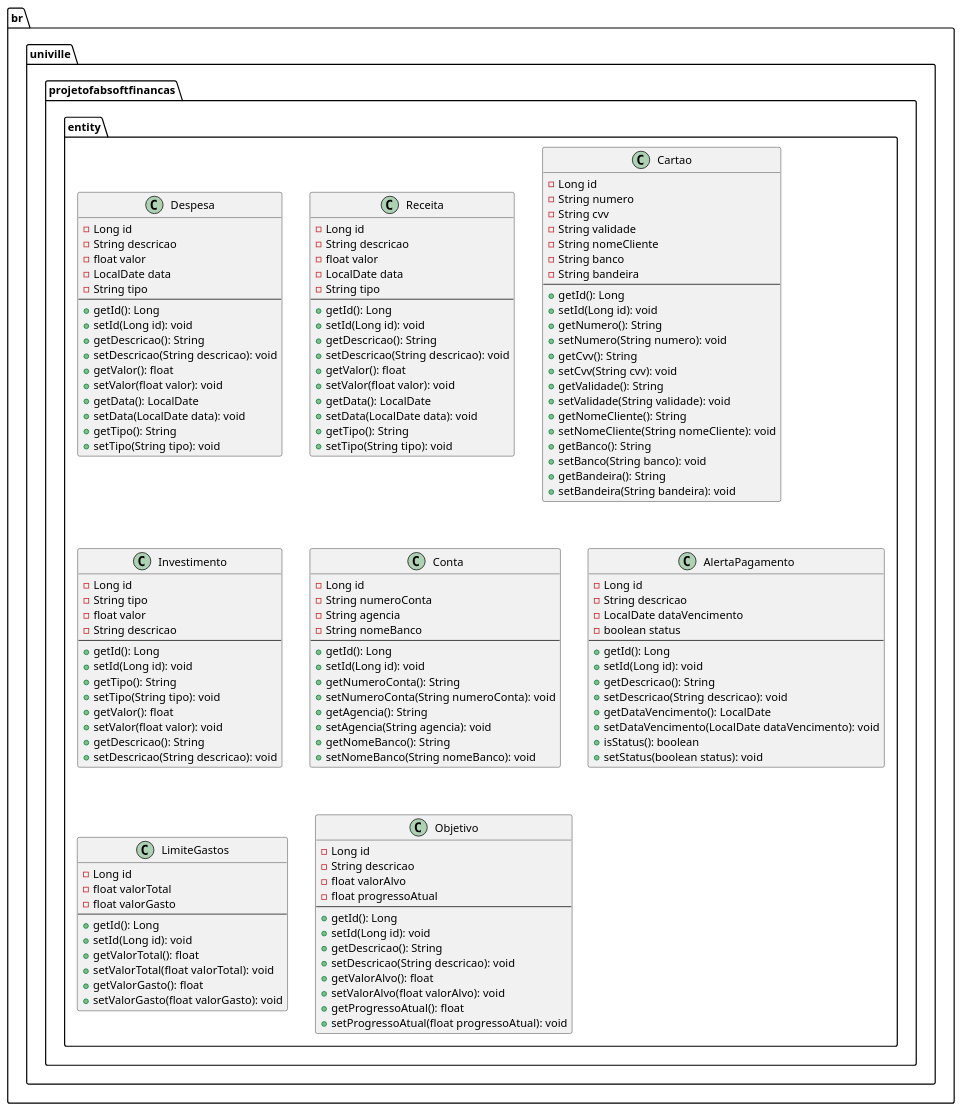
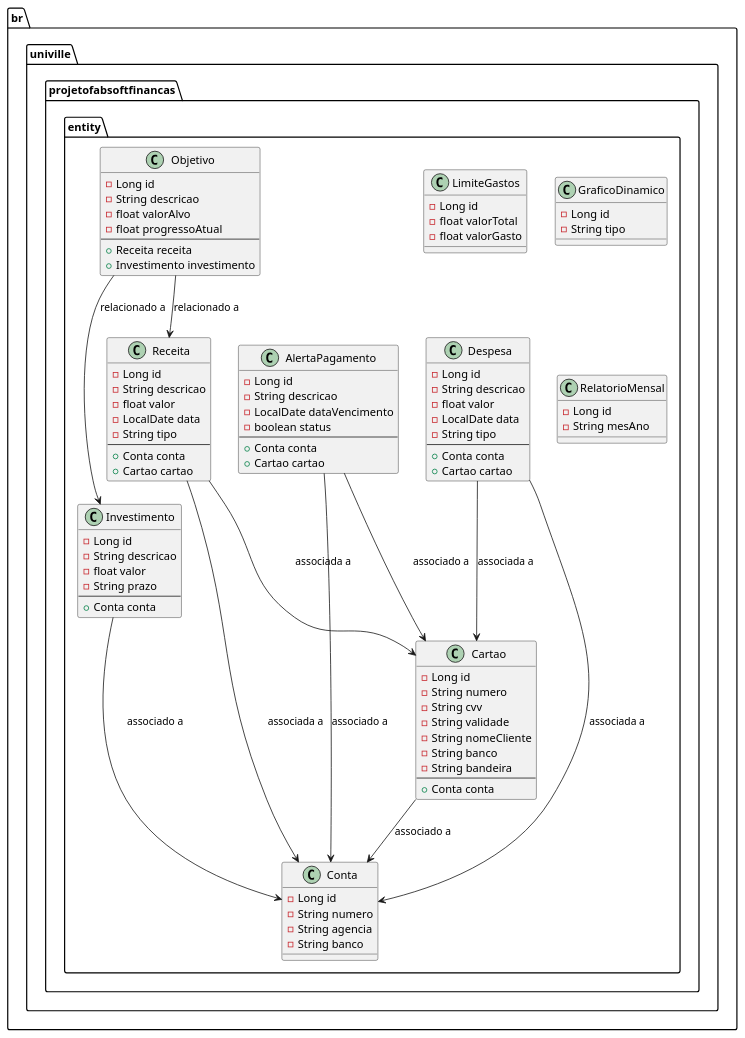
The diagram in diagramas/classes.puml (Th3FIa5h/fabsofta-Mateus-Nikolas), drawn with PlantUML before and after one commit. The commit also changed 23 other files, not shown here.

```diff
--- a/diagramas/classes.puml
+++ b/diagramas/classes.puml
@@ -1,143 +1,100 @@
 @startuml
 package br.univille.projetofabsoftfinancas.entity {
+    class Receita {
+        - Long id
+        - String descricao
+        - float valor
+        - LocalDate data
+        - String tipo
+        --
+        + Conta conta
+        + Cartao cartao
+    }
+
     class Despesa {
         - Long id
         - String descricao
         - float valor
         - LocalDate data
         - String tipo
         --
-        + getId(): Long
-        + setId(Long id): void
-        + getDescricao(): String
-        + setDescricao(String descricao): void
-        + getValor(): float
-        + setValor(float valor): void
-        + getData(): LocalDate
-        + setData(LocalDate data): void
-        + getTipo(): String
-        + setTipo(String tipo): void
+        + Conta conta
+        + Cartao cartao
     }
 
-    class Receita {
+    class Conta {
         - Long id
-        - String descricao
-        - float valor
-        - LocalDate data
-        - String tipo
-        --
-        + getId(): Long
-        + setId(Long id): void
-        + getDescricao(): String
-        + setDescricao(String descricao): void
-        + getValor(): float
-        + setValor(float valor): void
-        + getData(): LocalDate
-        + setData(LocalDate data): void
-        + getTipo(): String
-        + setTipo(String tipo): void
+        - String numero
+        - String agencia
+        - String banco
     }
 
     class Cartao {
         - Long id
         - String numero
         - String cvv
         - String validade
         - String nomeCliente
         - String banco
         - String bandeira
         --
-        + getId(): Long
-        + setId(Long id): void
-        + getNumero(): String
-        + setNumero(String numero): void
-        + getCvv(): String
-        + setCvv(String cvv): void
-        + getValidade(): String
-        + setValidade(String validade): void
-        + getNomeCliente(): String
-        + setNomeCliente(String nomeCliente): void
-        + getBanco(): String
-        + setBanco(String banco): void
-        + getBandeira(): String
-        + setBandeira(String bandeira): void
+        + Conta conta
     }
 
     class Investimento {
         - Long id
-        - String tipo
+        - String descricao
         - float valor
-        - String descricao
+        - String prazo
         --
-        + getId(): Long
-        + setId(Long id): void
-        + getTipo(): String
-        + setTipo(String tipo): void
-        + getValor(): float
-        + setValor(float valor): void
-        + getDescricao(): String
-        + setDescricao(String descricao): void
-    }
-
-    class Conta {
-        - Long id
-        - String numeroConta
-        - String agencia
-        - String nomeBanco
-        --
-        + getId(): Long
-        + setId(Long id): void
-        + getNumeroConta(): String
-        + setNumeroConta(String numeroConta): void
-        + getAgencia(): String
-        + setAgencia(String agencia): void
-        + getNomeBanco(): String
-        + setNomeBanco(String nomeBanco): void
+        + Conta conta
     }
 
     class AlertaPagamento {
         - Long id
         - String descricao
         - LocalDate dataVencimento
         - boolean status
         --
-        + getId(): Long
-        + setId(Long id): void
-        + getDescricao(): String
-        + setDescricao(String descricao): void
-        + getDataVencimento(): LocalDate
-        + setDataVencimento(LocalDate dataVencimento): void
-        + isStatus(): boolean
-        + setStatus(boolean status): void
-    }
-
-    class LimiteGastos {
-        - Long id
-        - float valorTotal
-        - float valorGasto
-        --
-        + getId(): Long
-        + setId(Long id): void
-        + getValorTotal(): float
-        + setValorTotal(float valorTotal): void
-        + getValorGasto(): float
-        + setValorGasto(float valorGasto): void
+        + Conta conta
+        + Cartao cartao
     }
 
     class Objetivo {
         - Long id
         - String descricao
         - float valorAlvo
         - float progressoAtual
         --
-        + getId(): Long
-        + setId(Long id): void
-        + getDescricao(): String
-        + setDescricao(String descricao): void
-        + getValorAlvo(): float
-        + setValorAlvo(float valorAlvo): void
-        + getProgressoAtual(): float
-        + setProgressoAtual(float progressoAtual): void
+        + Receita receita
+        + Investimento investimento
     }
+
+    class LimiteGastos {
+        - Long id
+        - float valorTotal
+        - float valorGasto
+    }
+
+    class GraficoDinamico {
+        - Long id
+        - String tipo
+    }
+
+    class RelatorioMensal {
+        - Long id
+        - String mesAno
+    }
+
+    Receita --> Conta : "associada a"
+    Receita --> Cartao : "associada a"
+    Despesa --> Conta : "associada a"
+    Despesa --> Cartao : "associada a"
+    Cartao --> Conta : "associado a"
+    Investimento --> Conta : "associado a"
+    AlertaPagamento --> Conta : "associado a"
+    AlertaPagamento --> Cartao : "associado a"
+    Objetivo --> Receita : "relacionado a"
+    Objetivo --> Investimento : "relacionado a"
 }
 @enduml
```
